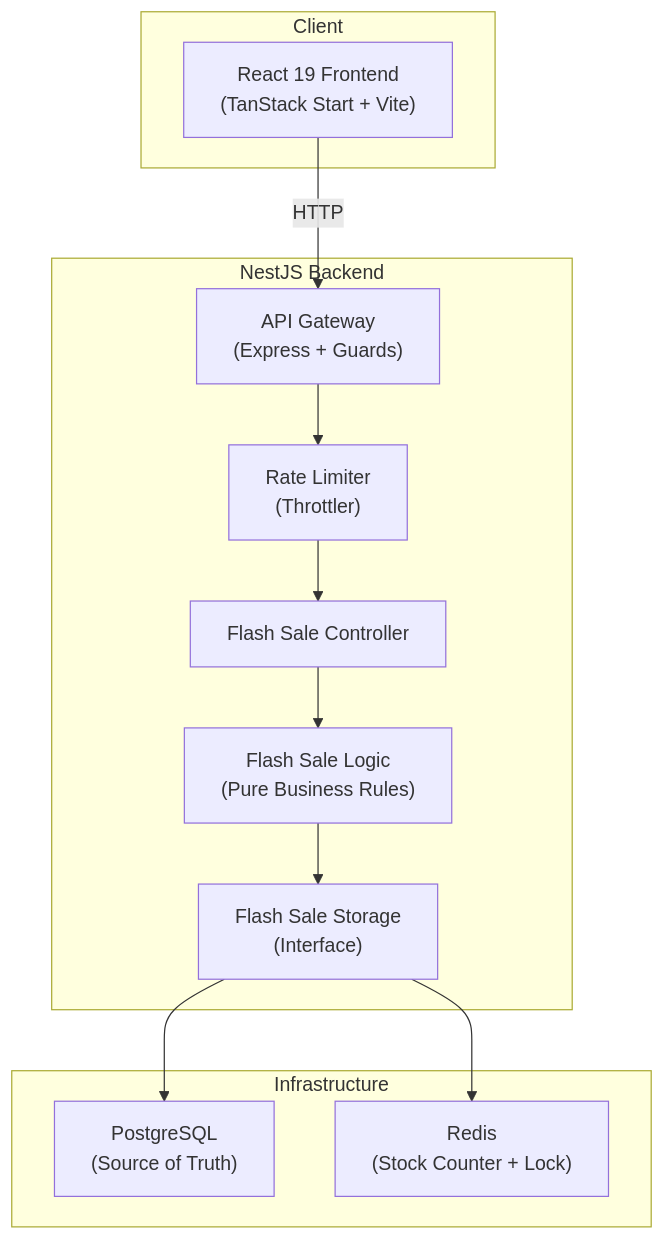
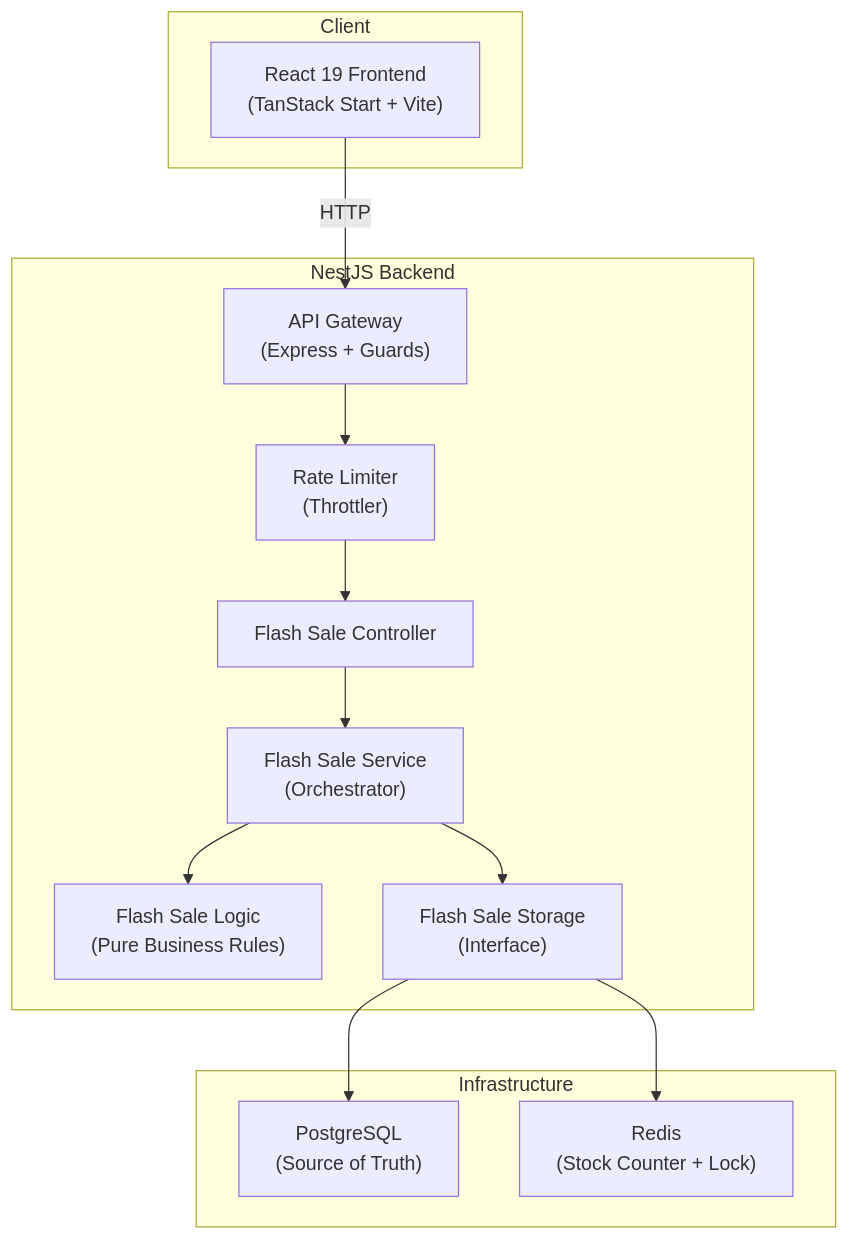
The first of 3 diagrams in docs/fsd.md (robbywh/flash-flow), drawn with Mermaid before and after one commit. The commit also changed other lines of this file, not shown here.

````diff
--- a/docs/fsd.md
+++ b/docs/fsd.md
@@ -17,26 +17,28 @@
 ```mermaid
 graph TD
     subgraph Client
         FE["React 19 Frontend<br/>(TanStack Start + Vite)"]
     end
 
     subgraph Backend["NestJS Backend"]
         GW["API Gateway<br/>(Express + Guards)"]
         RL["Rate Limiter<br/>(Throttler)"]
         SC["Flash Sale Controller"]
+        FS["Flash Sale Service<br/>(Orchestrator)"]
         SL["Flash Sale Logic<br/>(Pure Business Rules)"]
         SS["Flash Sale Storage<br/>(Interface)"]
     end
 
     subgraph Infrastructure
         PG["PostgreSQL<br/>(Source of Truth)"]
         RD["Redis<br/>(Stock Counter + Lock)"]
     end
 
     FE -->|HTTP| GW
     GW --> RL --> SC
-    SC --> SL
-    SL --> SS
+    SC --> FS
+    FS --> SL
+    FS --> SS
     SS --> PG
     SS --> RD
 ```
````
